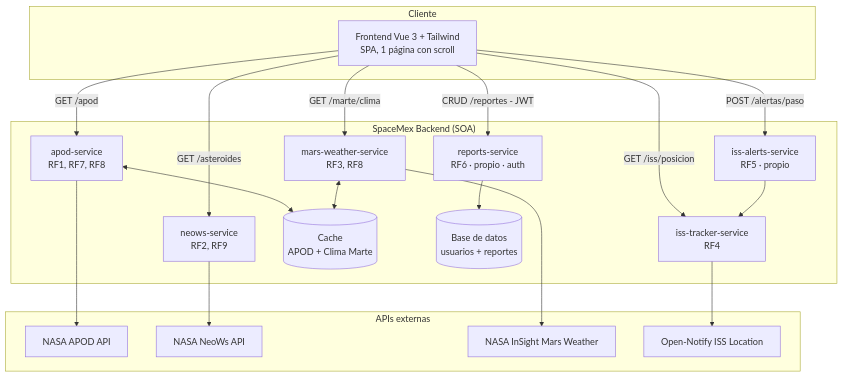
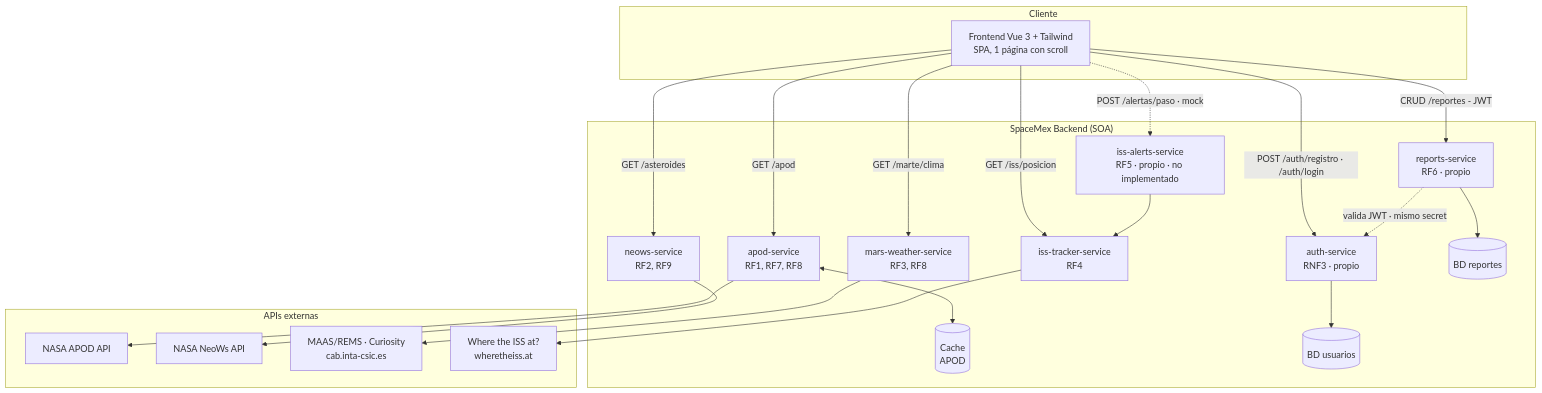
The diagram in docs/arquitectura.md (DjRober/spacemx), drawn with Mermaid before and after one commit. The commit also changed other lines of this file and 10 other files, not shown here.

First line of the commit message:
docs: alinear documentacion con APIs reales y auth-service

````diff
--- a/docs/arquitectura.md
+++ b/docs/arquitectura.md
@@ -16,40 +18,44 @@
 ```mermaid
 flowchart TB
     subgraph Cliente
         FE[Frontend Vue 3 + Tailwind<br/>SPA, 1 página con scroll]
     end
 
     subgraph "SpaceMex Backend (SOA)"
         APOD[apod-service<br/>RF1, RF7, RF8]
         NEO[neows-service<br/>RF2, RF9]
         MARS[mars-weather-service<br/>RF3, RF8]
         ISSPOS[iss-tracker-service<br/>RF4]
-        ISSALERT[iss-alerts-service<br/>RF5 · propio]
-        REPORTS[reports-service<br/>RF6 · propio · auth]
-        CACHE[(Cache<br/>APOD + Clima Marte)]
-        DB[(Base de datos<br/>usuarios + reportes)]
+        AUTH[auth-service<br/>RNF3 · propio]
+        ISSALERT[iss-alerts-service<br/>RF5 · propio · no implementado]
+        REPORTS[reports-service<br/>RF6 · propio]
+        CACHE[(Cache<br/>APOD)]
+        DBAUTH[(BD usuarios)]
+        DBREP[(BD reportes)]
     end
 
     subgraph "APIs externas"
         NASAAPOD[NASA APOD API]
         NASANEO[NASA NeoWs API]
-        NASAMARS[NASA InSight Mars Weather]
-        OPENNOTIFY[Open-Notify ISS Location]
+        MAAS[MAAS/REMS · Curiosity<br/>cab.inta-csic.es]
+        WTIA[Where the ISS at?<br/>wheretheiss.at]
     end
 
     FE -->|GET /apod| APOD
     FE -->|GET /asteroides| NEO
     FE -->|GET /marte/clima| MARS
     FE -->|GET /iss/posicion| ISSPOS
-    FE -->|POST /alertas/paso| ISSALERT
+    FE -->|POST /auth/registro · /auth/login| AUTH
+    FE -.->|POST /alertas/paso · mock| ISSALERT
     FE -->|CRUD /reportes - JWT| REPORTS
 
     APOD <--> CACHE
-    MARS <--> CACHE
     APOD --> NASAAPOD
     NEO --> NASANEO
-    MARS --> NASAMARS
-    ISSPOS --> OPENNOTIFY
+    MARS --> MAAS
+    ISSPOS --> WTIA
     ISSALERT --> ISSPOS
-    REPORTS --> DB
+    AUTH --> DBAUTH
+    REPORTS --> DBREP
+    REPORTS -.->|valida JWT · mismo secret| AUTH
 ```
````
